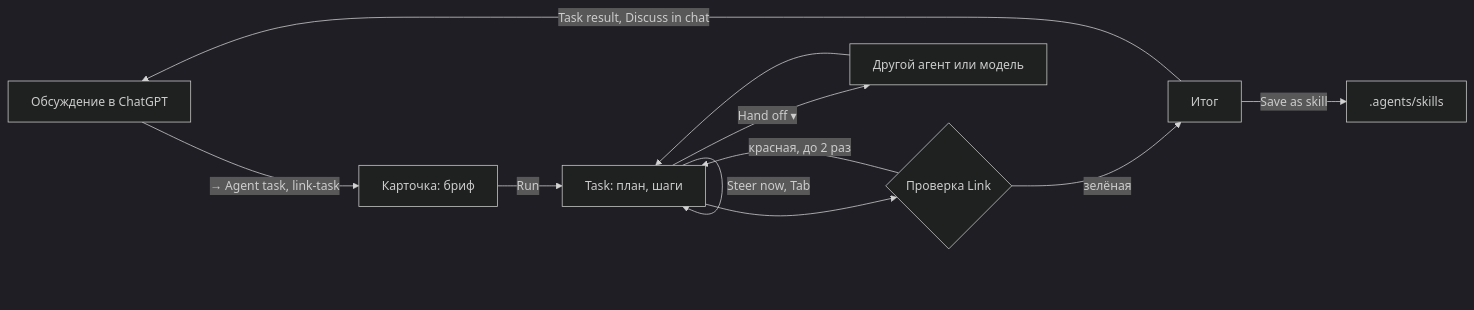
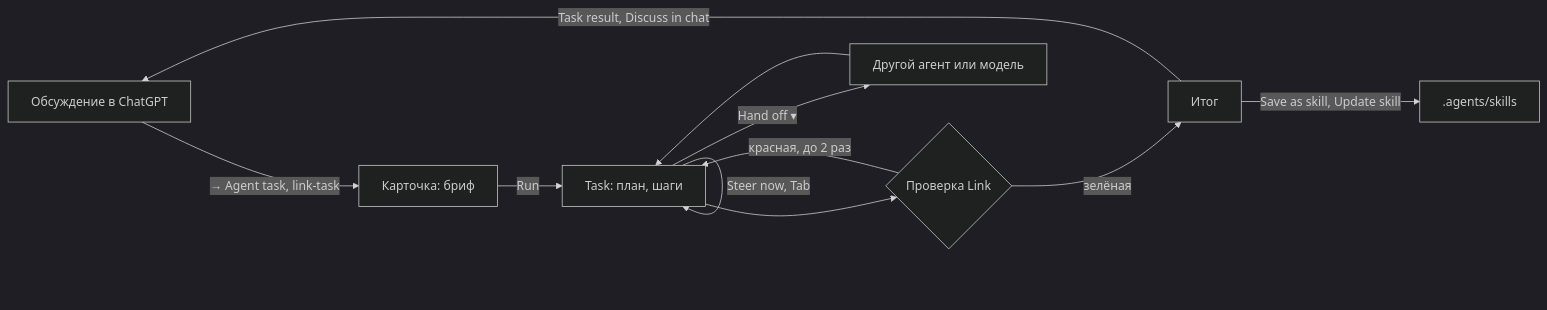
Before and after one commit to Vladlen626/LINK: the diagram in README.md, drawn with Mermaid (dark theme). The commit also changed other lines of this file and 3 other files, not shown here.

````diff
--- a/README.md
+++ b/README.md
@@ -125,13 +129,13 @@
 ```mermaid
 flowchart LR
     A["Обсуждение в ChatGPT"] -->|"→ Agent task, link-task"| B["Карточка: бриф"]
     B -->|Run| C["Task: план, шаги"]
     C -->|"Steer now, Tab"| C
     C --> D{"Проверка Link"}
     D -->|"красная, до 2 раз"| C
     D -->|зелёная| E["Итог"]
     C -->|"Hand off ▾"| F["Другой агент или модель"]
     F --> C
     E -->|"Task result, Discuss in chat"| A
-    E -->|"Save as skill"| G[".agents/skills"]
+    E -->|"Save as skill, Update skill"| G[".agents/skills"]
 ```
````
